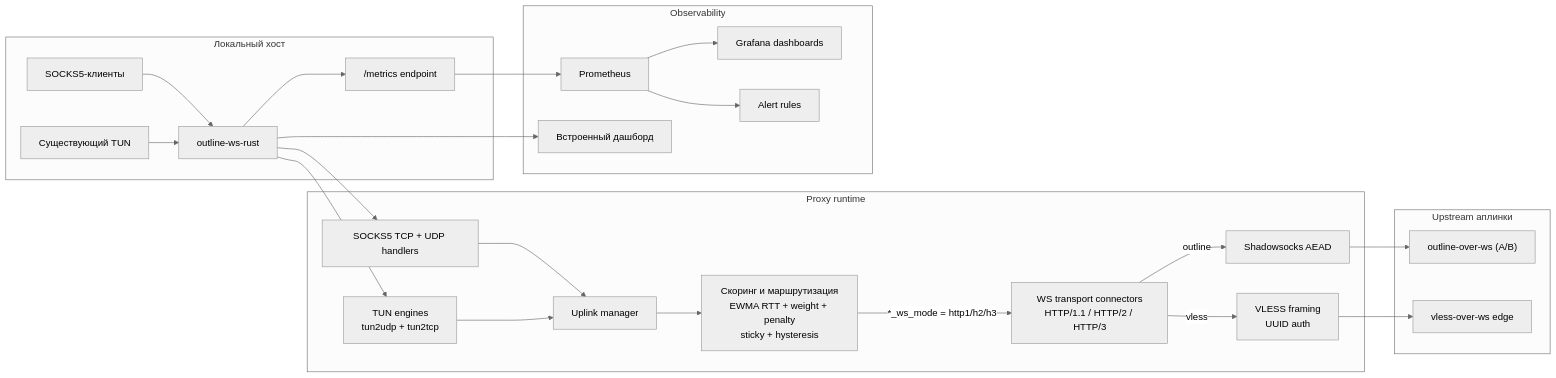
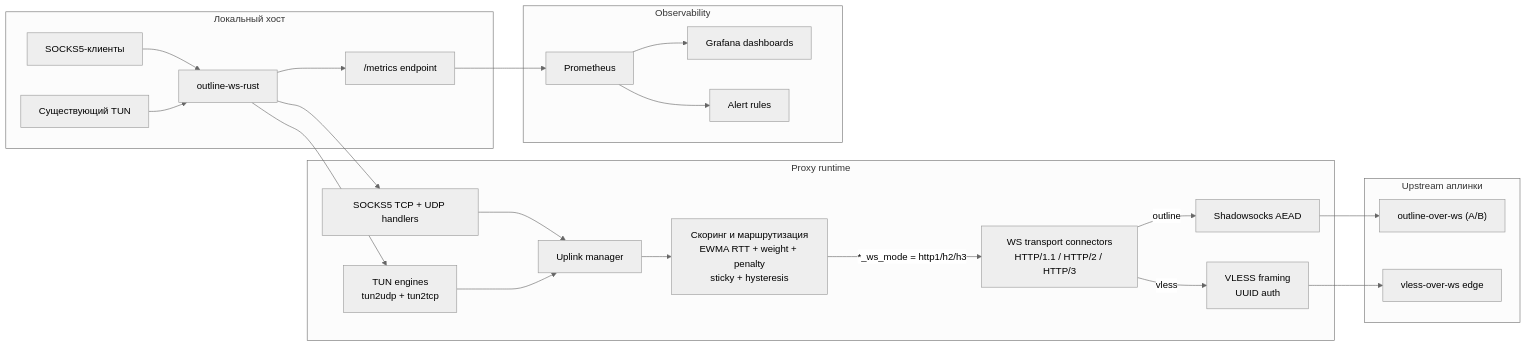
One commit to balookrd/outline-proxy changed the diagram in bins/outline-ws-rust/README.ru.md. Above: the diagram before and after it, drawn with Mermaid (neutral theme). The commit also changed other lines of this file and 5 other files, not shown here.

````diff
--- a/bins/outline-ws-rust/README.ru.md
+++ b/bins/outline-ws-rust/README.ru.md
@@ -37,56 +37,54 @@
 ```mermaid
 flowchart LR
     subgraph LocalHost["Локальный хост"]
         C["SOCKS5-клиенты"]
         T["Существующий TUN"]
         P["outline-ws-rust"]
         M["/metrics endpoint"]
         C --> P
         T --> P
         P --> M
     end
 
     subgraph Runtime["Proxy runtime"]
         S["SOCKS5 TCP + UDP handlers"]
         U["Uplink manager"]
         LB["Скоринг и маршрутизация
 EWMA RTT + weight + penalty
 sticky + hysteresis"]
         WS["WS transport connectors
 HTTP/1.1 / HTTP/2 / HTTP/3"]
         SS["Shadowsocks AEAD"]
         VL["VLESS framing
 UUID auth"]
         TT["TUN engines
 tun2udp + tun2tcp"]
     end
 
     P --> S
     P --> TT
     S --> U
     TT --> U
     U --> LB
     LB -->|"*_ws_mode = http1/h2/h3"| WS
     WS -->|"outline"| SS
     WS -->|"vless"| VL
 
     subgraph Upstream["Upstream аплинки"]
         O1["outline-over-ws (A/B)"]
         O4["vless-over-ws edge"]
     end
 
     SS --> O1
     VL --> O4
 
     subgraph Observability["Observability"]
         PR["Prometheus"]
-        DASH["Встроенный дашборд"]
         GD["Grafana dashboards"]
         AL["Alert rules"]
     end
 
     M --> PR
-    P --> DASH
     PR --> GD
     PR --> AL
 ```
````
